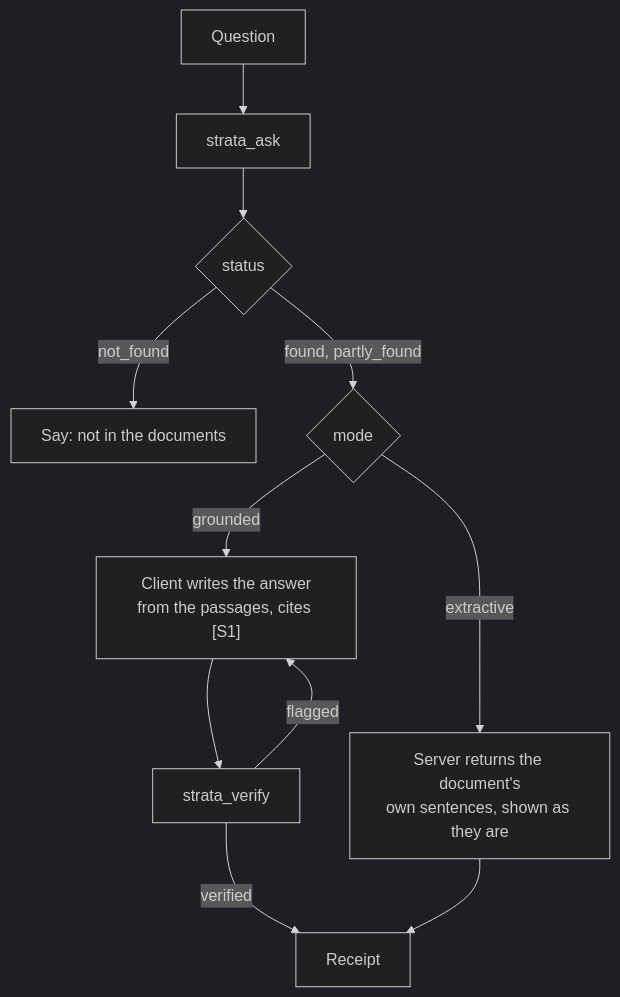
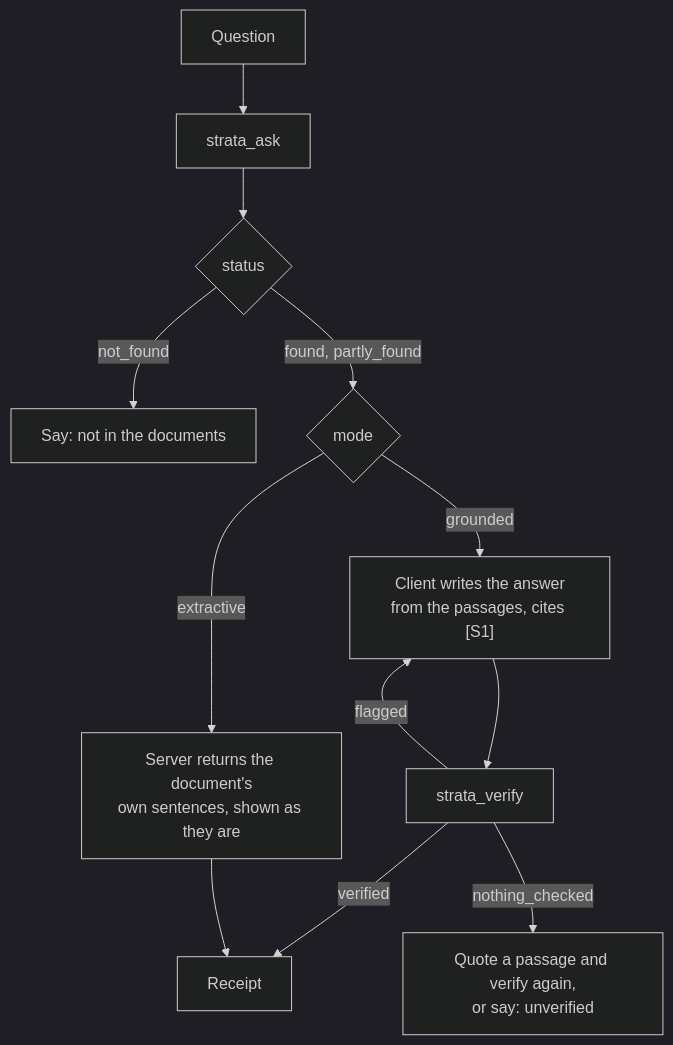
The third of 4 diagrams in README.md (boudou/StrataKB), drawn with Mermaid (dark theme) before and after one commit. The commit also changed other lines of this file and 83 other files, not shown here.

````diff
--- a/README.md
+++ b/README.md
@@ -295,11 +105,12 @@
 ```mermaid
 flowchart TD
     Q[Question] --> A[strata_ask]
     A --> S{status}
     S -->|not_found| N["Say: not in the documents"]
     S -->|"found, partly_found"| M{mode}
     M -->|grounded| W["Client writes the answer<br/>from the passages, cites [S1]"] --> V[strata_verify]
     V -->|flagged| W
     V -->|verified| R[Receipt]
+    V -->|nothing_checked| U["Quote a passage and verify again,<br/>or say: unverified"]
     M -->|extractive| X["Server returns the document's<br/>own sentences, shown as they are"] --> R
 ```
````
